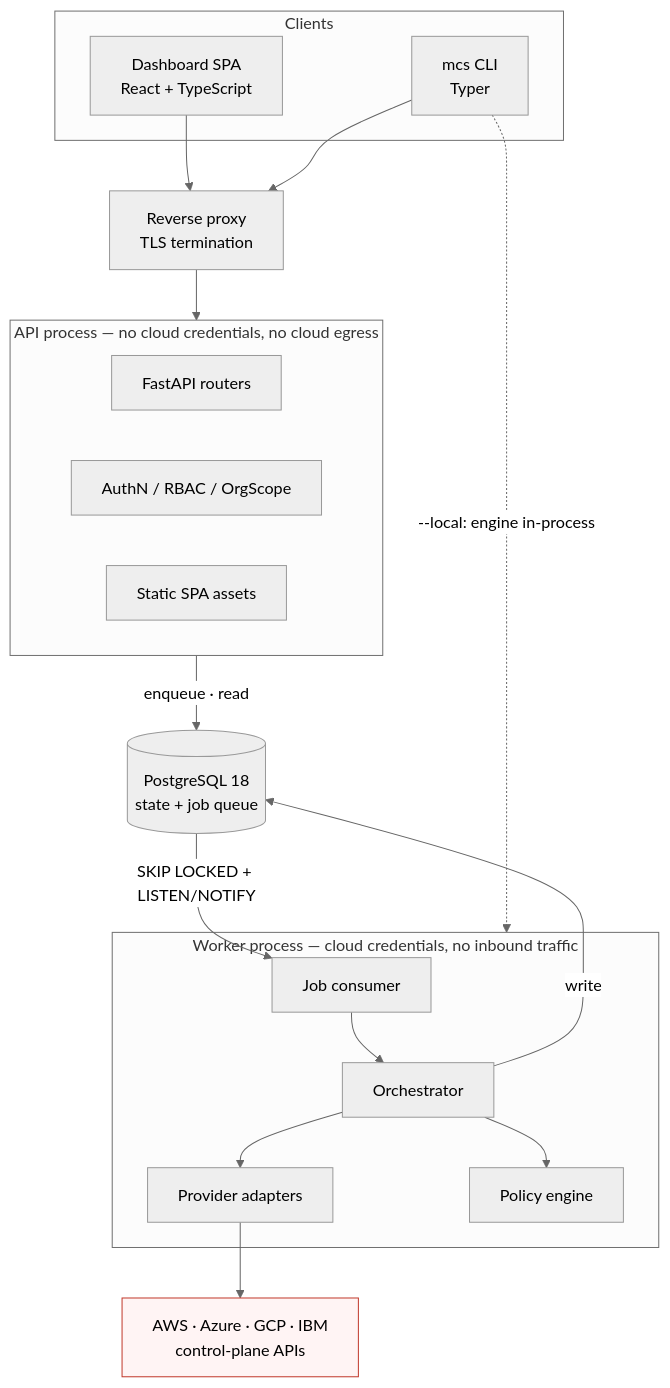
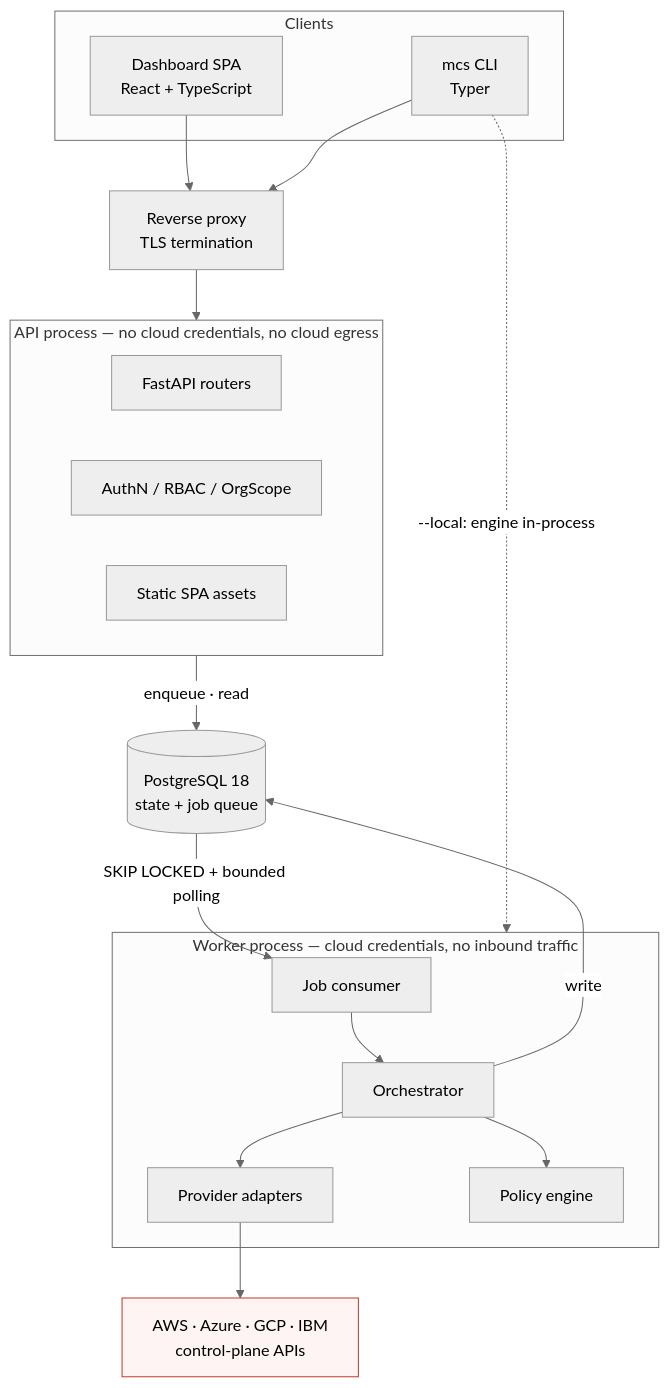
Before and after one commit to oborges/MultiCloudShield: the diagram in docs/architecture/system-design.md, drawn with Mermaid (neutral theme). The commit also changed 13 other files, not shown here.

````diff
--- a/docs/architecture/system-design.md
+++ b/docs/architecture/system-design.md
@@ -17,36 +17,36 @@
 ```mermaid
 flowchart TB
     subgraph Clients
         UI["Dashboard SPA<br/>React + TypeScript"]
         CLI["mcs CLI<br/>Typer"]
     end
 
     RP["Reverse proxy<br/>TLS termination"]
 
     subgraph API["API process — no cloud credentials, no cloud egress"]
         R["FastAPI routers"]
         A["AuthN / RBAC / OrgScope"]
         S["Static SPA assets"]
     end
 
     subgraph WORKER["Worker process — cloud credentials, no inbound traffic"]
         JQ["Job consumer"]
         O["Orchestrator"]
         AD["Provider adapters"]
         PE["Policy engine"]
     end
 
     DB[("PostgreSQL 18<br/>state + job queue")]
     CLOUD["AWS · Azure · GCP · IBM<br/>control-plane APIs"]
 
     UI & CLI --> RP --> API
     CLI -.->|"--local: engine in-process"| WORKER
     API -->|"enqueue · read"| DB
-    DB -->|"SKIP LOCKED + LISTEN/NOTIFY"| JQ
+    DB -->|"SKIP LOCKED + bounded polling"| JQ
     JQ --> O --> AD --> CLOUD
     O --> PE
     O -->|"write"| DB
 
     classDef untrusted fill:#fff4f4,stroke:#c0392b
     class CLOUD untrusted
 ```
````
